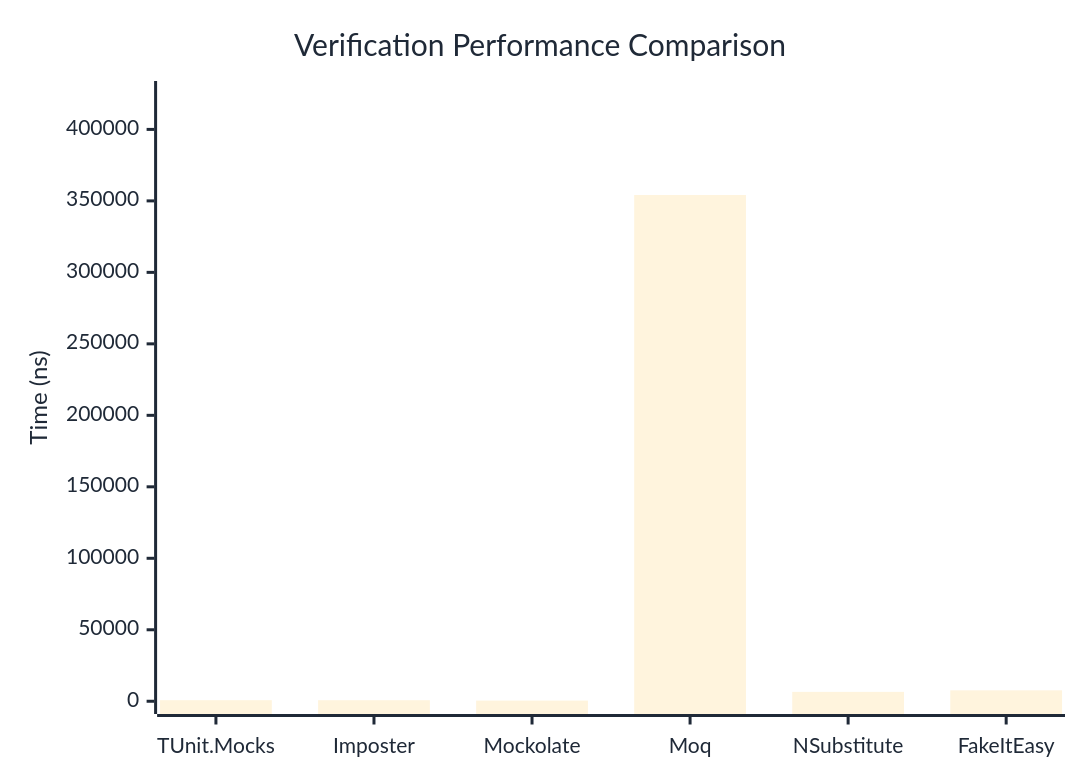
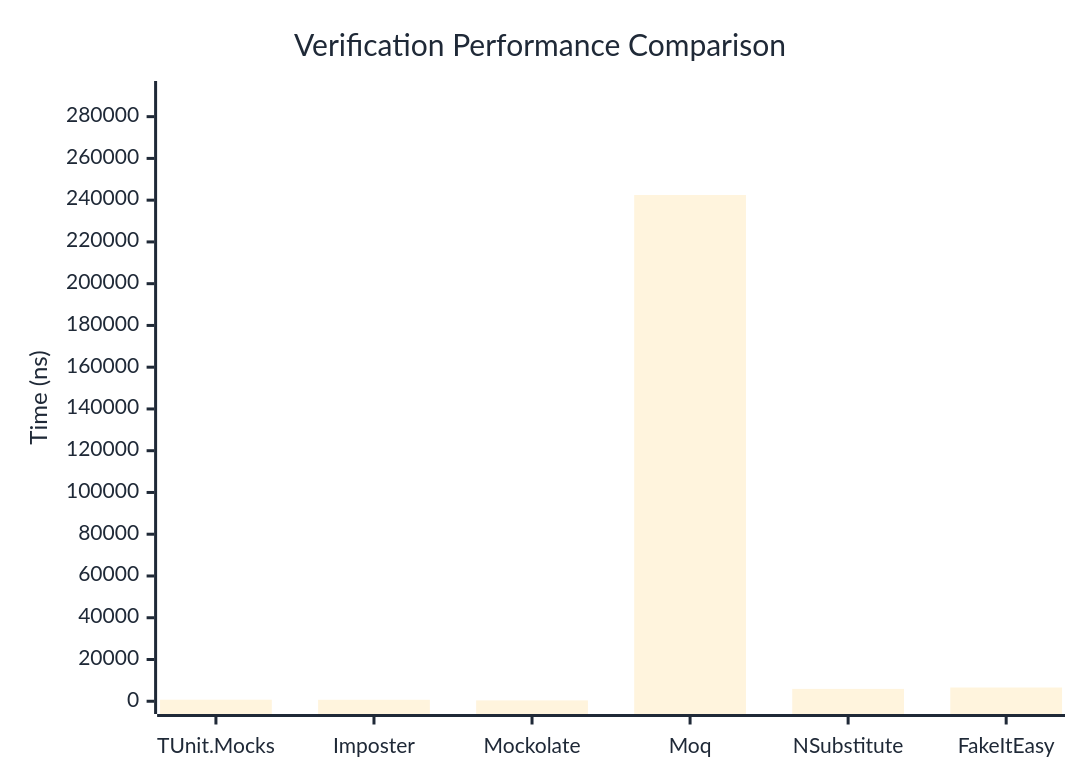
Before and after one commit to thomhurst/TUnit: the first of 3 diagrams in docs/docs/benchmarks/mocks/Verification.md, drawn with Mermaid. The commit also changed other lines of this file and 14 other files, not shown here.

````diff
--- a/docs/docs/benchmarks/mocks/Verification.md
+++ b/docs/docs/benchmarks/mocks/Verification.md
@@ -28,27 +28,27 @@
 ```mermaid
 %%{init: {
   'theme':'base',
   'themeVariables': {
     'primaryColor': '#2563eb',
     'primaryTextColor': '#1f2937',
     'primaryBorderColor': '#1e40af',
     'lineColor': '#6b7280',
     'secondaryColor': '#7c3aed',
     'tertiaryColor': '#dc2626',
     'background': '#ffffff',
     'pie1': '#2563eb',
     'pie2': '#7c3aed',
     'pie3': '#dc2626',
     'pie4': '#f59e0b',
     'pie5': '#10b981',
     'pie6': '#06b6d4',
     'pie7': '#ec4899',
     'pie8': '#6366f1'
   }
 }}%%
 xychart-beta
   title "Verification Performance Comparison"
   x-axis ["TUnit.Mocks", "Imposter", "Mockolate", "Moq", "NSubstitute", "FakeItEasy"]
-  y-axis "Time (ns)" 0 --> 424943
-  bar [742.22, 730.49, 459.63, 354119, 6559.21, 7645.3]
+  y-axis "Time (ns)" 0 --> 290968
+  bar [737.95, 702.46, 406.58, 242472.66, 5919.85, 6583.51]
 ```
````
